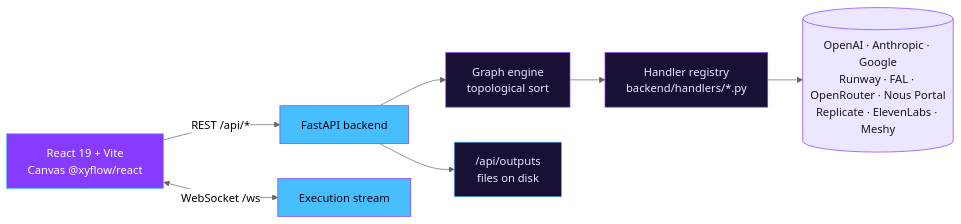
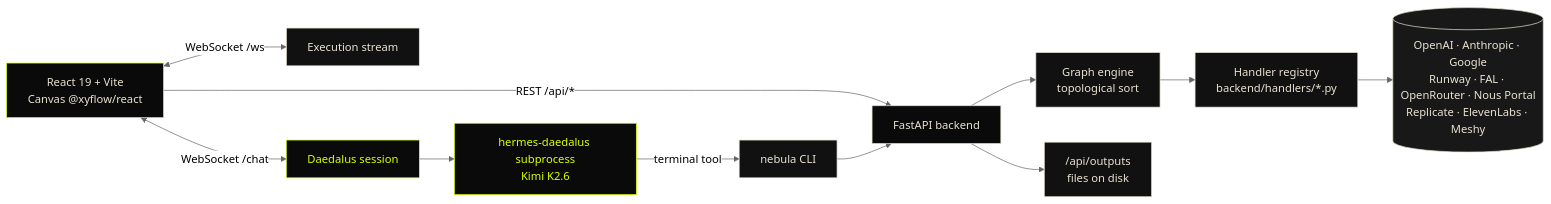
Before and after one commit to JustinPerea/nebula-nodes: the diagram in README.md, drawn with Mermaid (neutral theme). The commit also changed other lines of this file and 1 other file, not shown here.

````diff
--- a/README.md
+++ b/README.md
@@ -195,17 +225,25 @@
 ```mermaid
 graph LR
     UI[React 19 + Vite<br/>Canvas @xyflow/react] -->|REST /api/*| API[FastAPI backend]
     UI <-->|WebSocket /ws| WS[Execution stream]
     API --> ENGINE[Graph engine<br/>topological sort]
     ENGINE --> HANDLERS[Handler registry<br/>backend/handlers/*.py]
     HANDLERS --> PROVIDERS[(OpenAI · Anthropic · Google<br/>Runway · FAL · OpenRouter · Nous Portal<br/>Replicate · ElevenLabs · Meshy)]
     API --> OUT["/api/outputs<br/>files on disk"]
+    UI <-->|WebSocket /chat| CHAT[Daedalus session]
+    CHAT --> HERMES[hermes-daedalus subprocess<br/>Kimi K2.6]
+    HERMES -->|terminal tool| CLI[nebula CLI]
+    CLI --> API
 
-    style UI fill:#863bff,color:#fff,stroke:#47bfff
-    style API fill:#47bfff,color:#0b0416,stroke:#863bff
-    style ENGINE fill:#1a1033,color:#ede6ff,stroke:#863bff
-    style HANDLERS fill:#1a1033,color:#ede6ff,stroke:#863bff
-    style PROVIDERS fill:#ede6ff,color:#1a1033,stroke:#863bff
-    style OUT fill:#1a1033,color:#ede6ff,stroke:#47bfff
-    style WS fill:#47bfff,color:#0b0416,stroke:#863bff
+    style UI fill:#0A0A0A,color:#E8E2D2,stroke:#DCFF00
+    style API fill:#0A0A0A,color:#E8E2D2,stroke:#E8E2D2
+    style ENGINE fill:#111111,color:#E8E2D2,stroke:#E8E2D2
+    style HANDLERS fill:#111111,color:#E8E2D2,stroke:#E8E2D2
+    style PROVIDERS fill:#181818,color:#E8E2D2,stroke:#E8E2D2
+    style OUT fill:#111111,color:#E8E2D2,stroke:#E8E2D2
+    style WS fill:#111111,color:#E8E2D2,stroke:#E8E2D2
+    style CHAT fill:#0A0A0A,color:#0A0A0A,stroke:#DCFF00
+    style CHAT color:#DCFF00
+    style HERMES fill:#0A0A0A,color:#DCFF00,stroke:#DCFF00
+    style CLI fill:#111111,color:#E8E2D2,stroke:#E8E2D2
 ```
````
